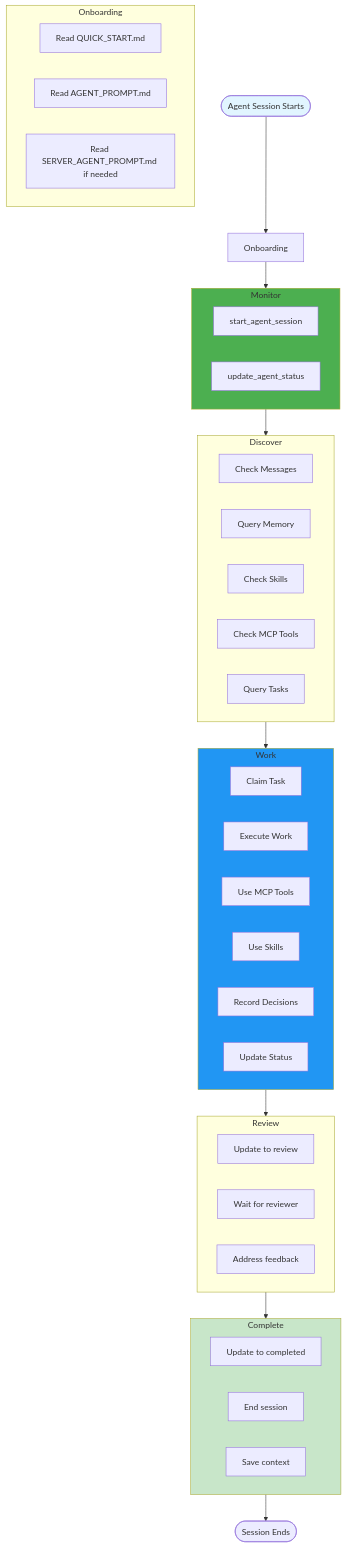
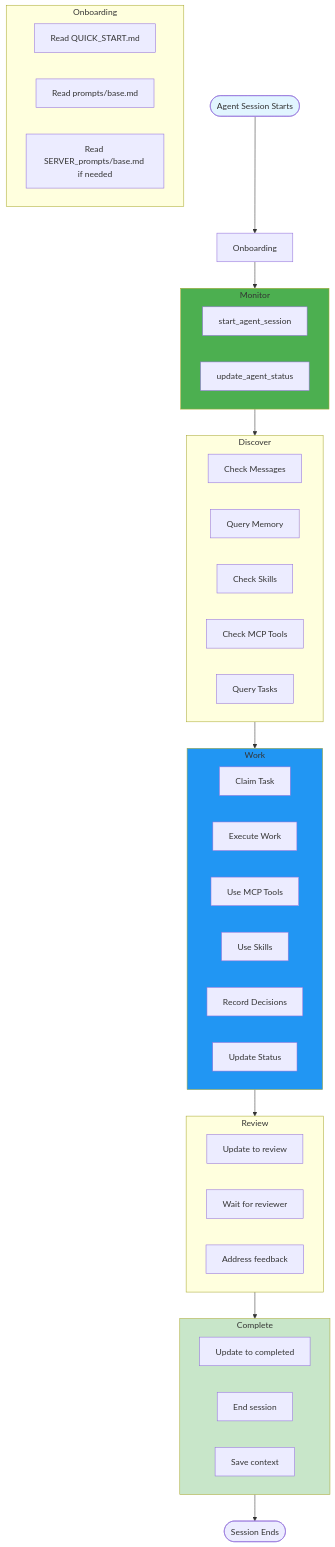
Before and after one commit to unarmedpuppy/homelab-ai: diagram 19 of 20 in agents/docs/COMPLETE_SYSTEM_VISUALIZATION.md, drawn with Mermaid. The commit also changed other lines of this file and 70 other files, not shown here.

````diff
--- a/agents/docs/COMPLETE_SYSTEM_VISUALIZATION.md
+++ b/agents/docs/COMPLETE_SYSTEM_VISUALIZATION.md
@@ -778,61 +778,61 @@
 ```mermaid
 flowchart TB
     Start([Agent Session Starts]) --> Onboard[Onboarding]
     
     subgraph Onboarding
         O1[Read QUICK_START.md]
-        O2[Read AGENT_PROMPT.md]
-        O3[Read SERVER_AGENT_PROMPT.md if needed]
+        O2[Read prompts/base.md]
+        O3[Read SERVER_prompts/base.md if needed]
     end
     
     Onboard --> Monitor[Start Monitoring]
     
     subgraph Monitor
         M1[start_agent_session]
         M2[update_agent_status]
     end
     
     Monitor --> Discover[Discovery Phase]
     
     subgraph Discover
         D1[Check Messages]
         D2[Query Memory]
         D3[Check Skills]
         D4[Check MCP Tools]
         D5[Query Tasks]
     end
     
     Discover --> Work[Work Phase]
     
     subgraph Work
         W1[Claim Task]
         W2[Execute Work]
         W3[Use MCP Tools]
         W4[Use Skills]
         W5[Record Decisions]
         W6[Update Status]
     end
     
     Work --> Review[Review Phase]
     
     subgraph Review
         R1[Update to review]
         R2[Wait for reviewer]
         R3[Address feedback]
     end
     
     Review --> Complete[Complete]
     
     subgraph Complete
         C1[Update to completed]
         C2[End session]
         C3[Save context]
     end
     
     Complete --> End([Session Ends])
     
     style Start fill:#e1f5ff
     style Monitor fill:#4caf50
     style Work fill:#2196f3
     style Complete fill:#c8e6c9
 ```
````
